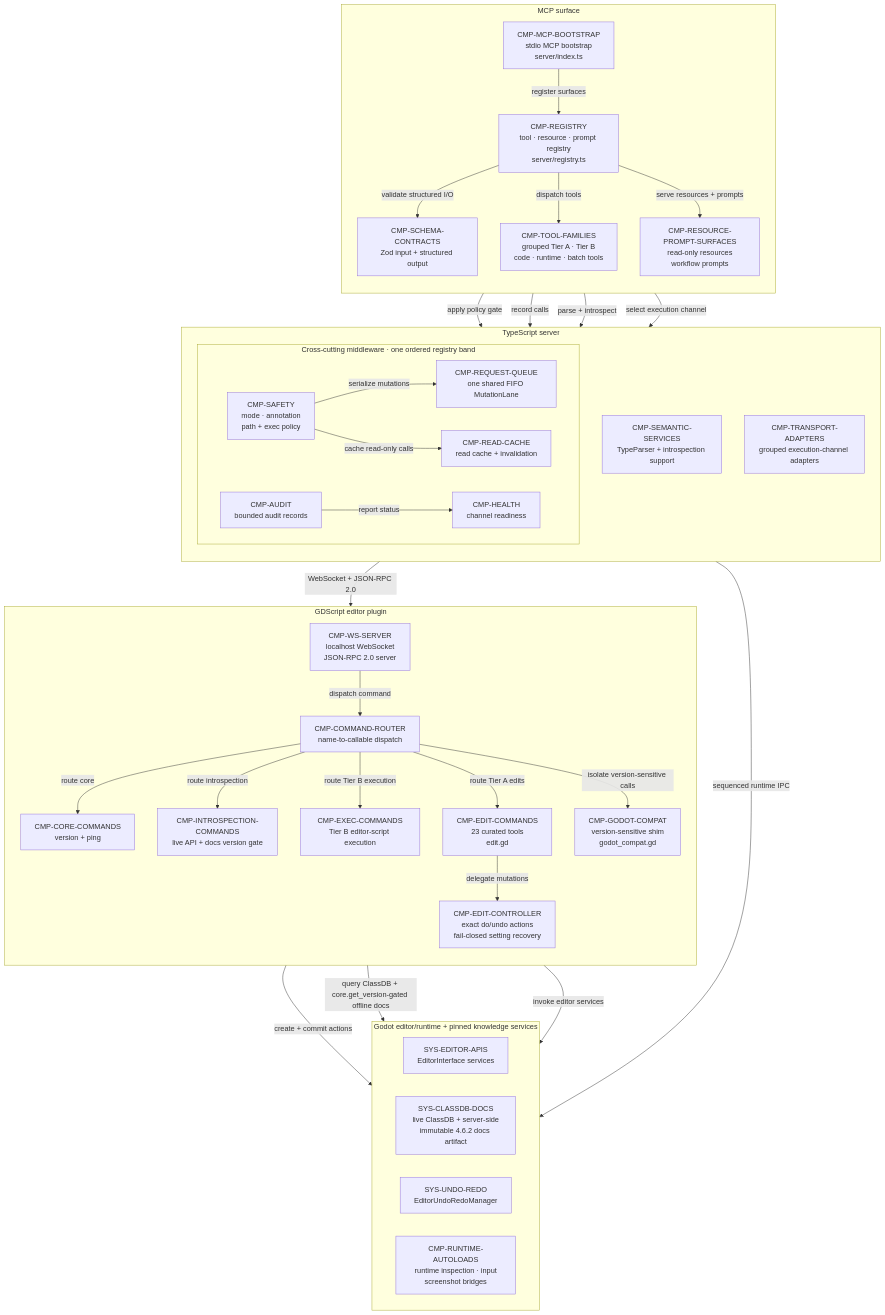
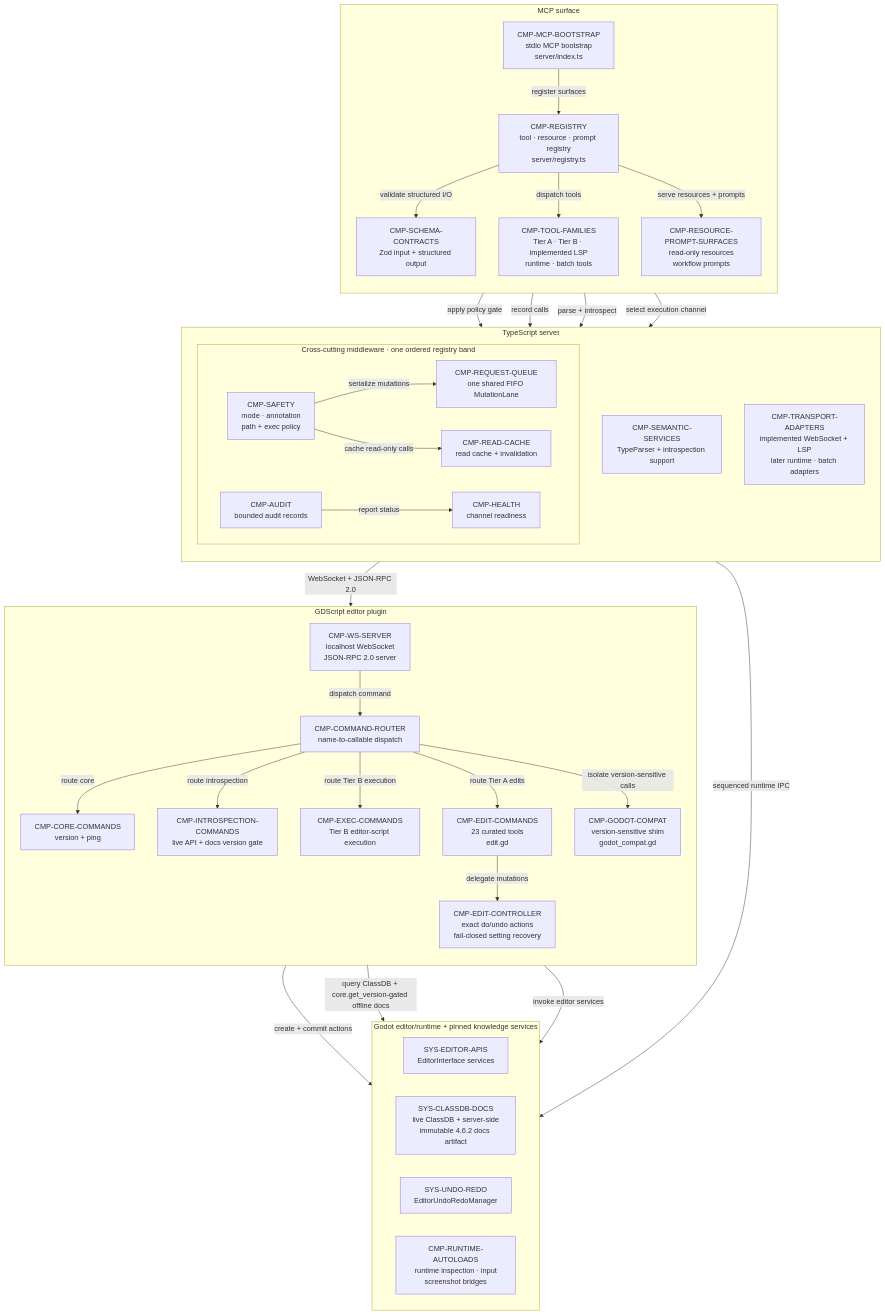
One commit to 9thLevelSoftware/robogodot changed the diagram in docs/architecture/04-server-components.md. Above: the diagram before and after it, drawn with Mermaid. The commit also changed other lines of this file and 15 other files, not shown here.

```diff
--- a/docs/architecture/04-server-components.md
+++ b/docs/architecture/04-server-components.md
@@ -28,7 +28,7 @@
     %% atlas-node: CMP-SCHEMA-CONTRACTS
     CMP_SCHEMA_CONTRACTS["CMP-SCHEMA-CONTRACTS<br/>Zod input + structured output"]
     %% atlas-node: CMP-TOOL-FAMILIES
-    CMP_TOOL_FAMILIES["CMP-TOOL-FAMILIES<br/>grouped Tier A · Tier B<br/>code · runtime · batch tools"]
+    CMP_TOOL_FAMILIES["CMP-TOOL-FAMILIES<br/>Tier A · Tier B · implemented LSP<br/>runtime · batch tools"]
     %% atlas-node: CMP-RESOURCE-PROMPT-SURFACES
     CMP_RESOURCE_PROMPT_SURFACES["CMP-RESOURCE-PROMPT-SURFACES<br/>read-only resources<br/>workflow prompts"]
   end
@@ -51,7 +51,7 @@
     %% atlas-node: CMP-SEMANTIC-SERVICES
     CMP_SEMANTIC_SERVICES["CMP-SEMANTIC-SERVICES<br/>TypeParser + introspection support"]
     %% atlas-node: CMP-TRANSPORT-ADAPTERS
-    CMP_TRANSPORT_ADAPTERS["CMP-TRANSPORT-ADAPTERS<br/>grouped execution-channel adapters"]
+    CMP_TRANSPORT_ADAPTERS["CMP-TRANSPORT-ADAPTERS<br/>implemented WebSocket + LSP<br/>later runtime · batch adapters"]
   end
 
   subgraph GDSCRIPT_PLUGIN["GDScript editor plugin"]
```
